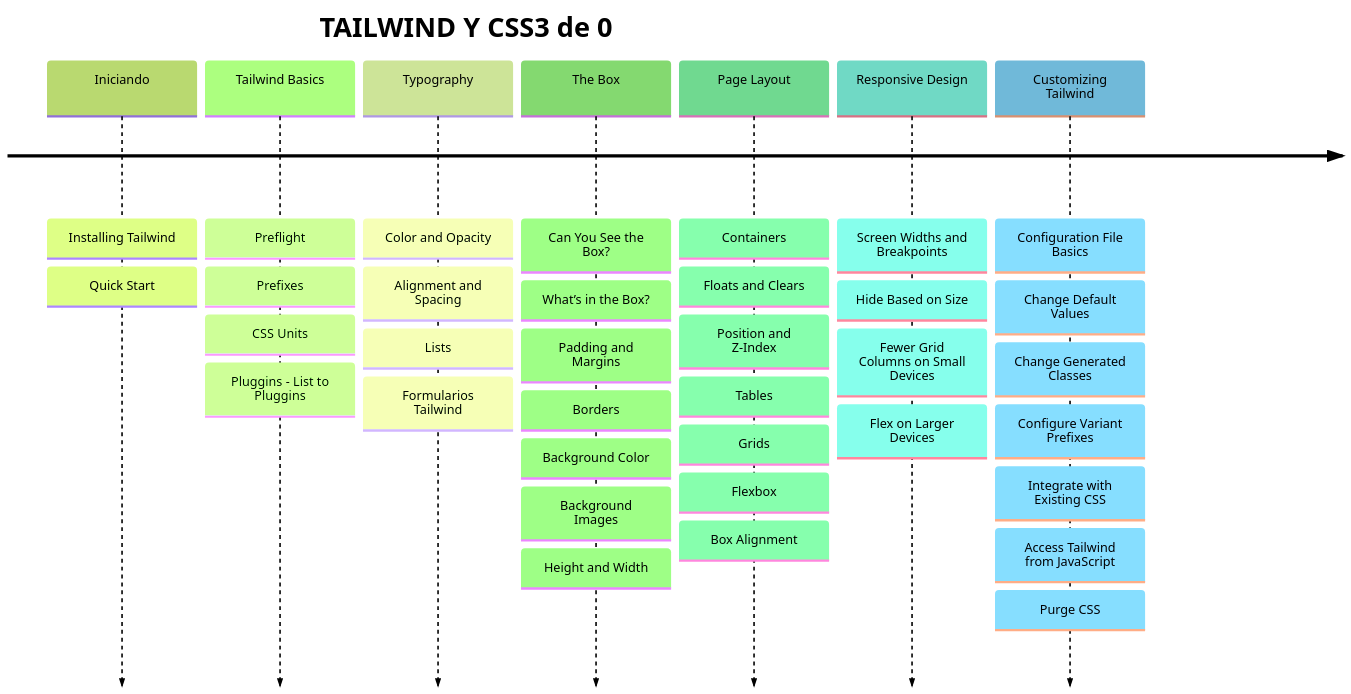
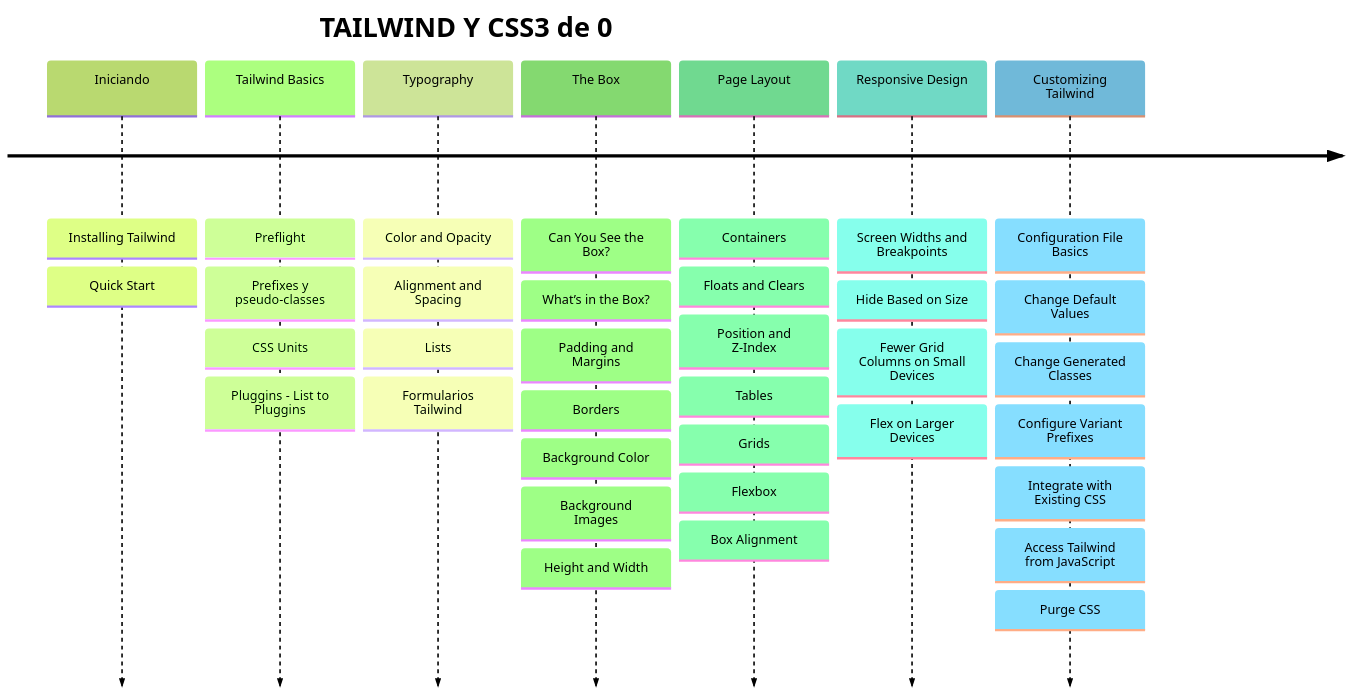
The second of 2 diagrams in README.md (darwinyusef/nextjs_laboratory), drawn with Mermaid (forest theme) before and after one commit. The commit also changed other lines of this file, not shown here.

Commit message:
changes timeline y graphic README.md

````diff
--- a/README.md
+++ b/README.md
@@ -65,11 +66,11 @@
 ```mermaid
 timeline
     title TAILWIND Y CSS3 de 0
     Iniciando : Installing Tailwind : Quick Start
-    Tailwind Basics : Preflight : Prefixes : CSS Units : Pluggins - List to Pluggins
+    Tailwind Basics : Preflight : Prefixes y pseudo-classes : CSS Units : Pluggins - List to Pluggins
     Typography : Color and Opacity : Alignment and Spacing : Lists : Formularios Tailwind 
     The Box : Can You See the Box? : What’s in the Box? : Padding and Margins : Borders : Background Color : Background Images : Height and Width 
     Page Layout: Containers : Floats and Clears : Position and Z-Index : Tables : Grids : Flexbox : Box Alignment 
     Responsive Design: Screen Widths and Breakpoints : Hide Based on Size : Fewer Grid Columns on Small Devices : Flex on Larger Devices 
     Customizing Tailwind: Configuration File Basics : Change Default Values : Change Generated Classes : Configure Variant Prefixes : Integrate with Existing CSS : Access Tailwind from JavaScript : Purge CSS
 ``` 
````
